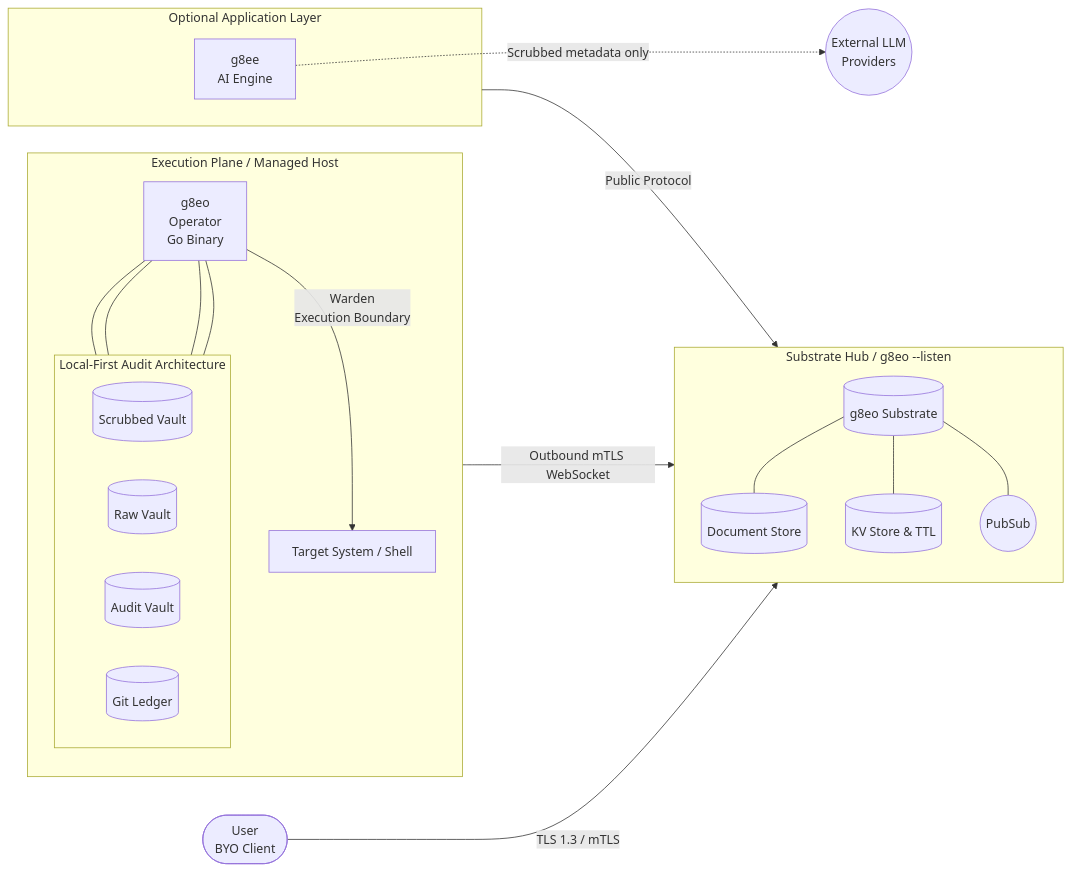
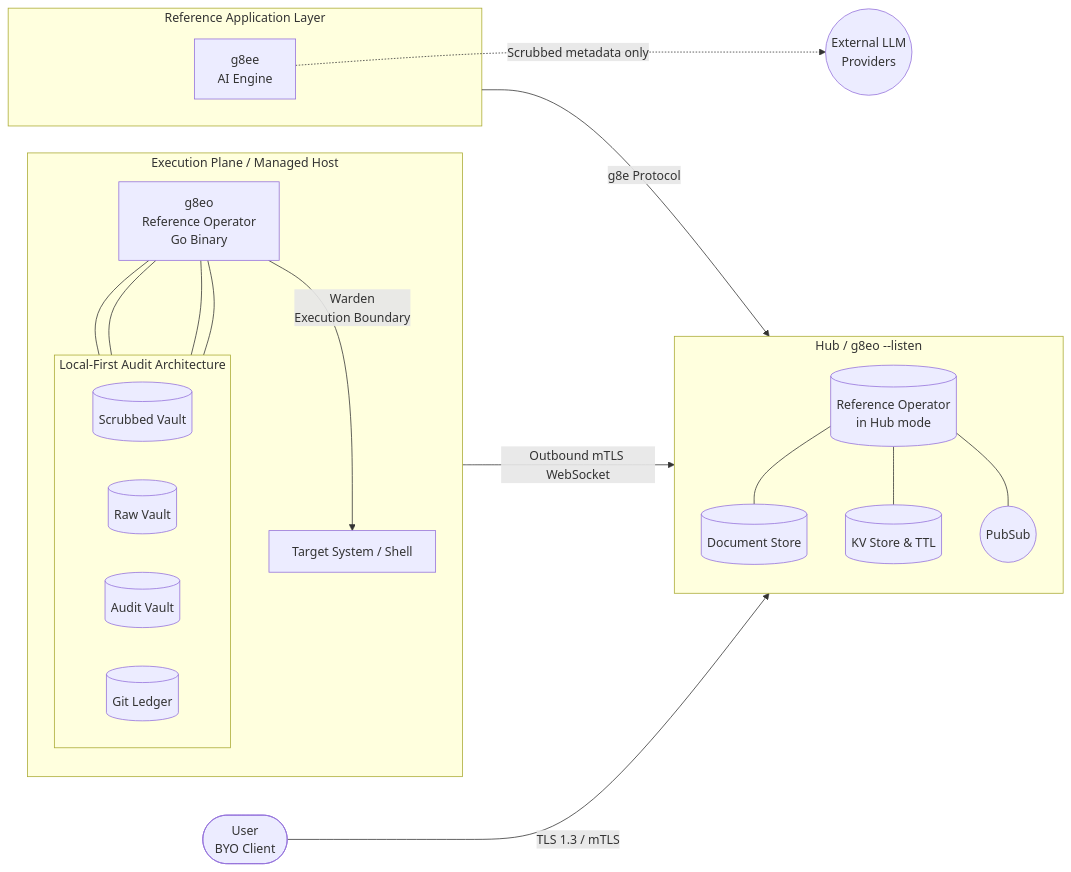
Before and after one commit to g8e-ai/g8e: the second of 2 diagrams in README.md, drawn with Mermaid. The commit also changed other lines of this file and 26 other files, not shown here.

````diff
--- a/README.md
+++ b/README.md
@@ -87,43 +99,43 @@
 ```mermaid
 flowchart LR
     User([User<br>BYO Client])
 
     subgraph Exec_Plane [Execution Plane / Managed Host]
         direction TB
-        g8eo[g8eo<br>Operator<br>Go Binary]
+        g8eo[g8eo<br>Reference Operator<br>Go Binary]
 
         HostOS[Target System / Shell]
         g8eo -- "Warden<br>Execution Boundary" --> HostOS
 
         subgraph LFAA [Local-First Audit Architecture]
             direction LR
             Scrubbed[(Scrubbed Vault)]
             Raw[(Raw Vault)]
             Audit[(Audit Vault)]
             Ledger[(Git Ledger)]
         end
 
         g8eo --- Scrubbed & Raw & Audit & Ledger
     end
 
-    subgraph Substrate_Hub [Substrate Hub / g8eo --listen]
+    subgraph Hub [Hub / g8eo --listen]
         direction TB
-        Listen[(g8eo Substrate)]
+        Listen[(Reference Operator<br>in Hub mode)]
         DS[(Document Store)]
         KS[(KV Store & TTL)]
         PS((PubSub))
 
         Listen --- DS & KS & PS
     end
 
-    subgraph Optional_Apps [Optional Application Layer]
+    subgraph Optional_Apps [Reference Application Layer]
         g8ee[g8ee<br>AI Engine]
     end
 
     LLM((External LLM<br>Providers))
 
     User -- "TLS 1.3 / mTLS" --> Listen
     g8eo -- "Outbound mTLS WebSocket" --> Listen
-    Optional_Apps -- "Public Protocol" --> Listen
+    Optional_Apps -- "g8e Protocol" --> Listen
     g8ee -. "Scrubbed metadata only" .-> LLM
 ```
````
